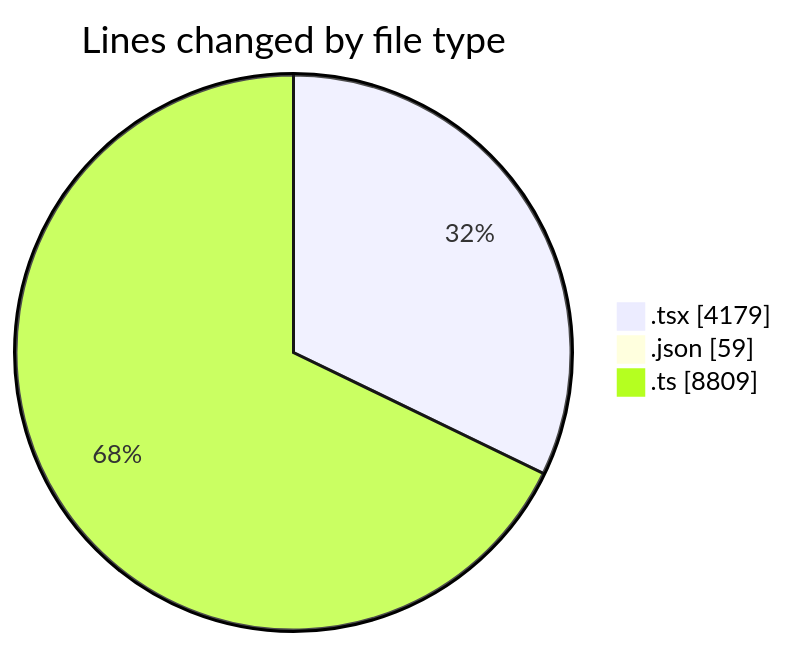
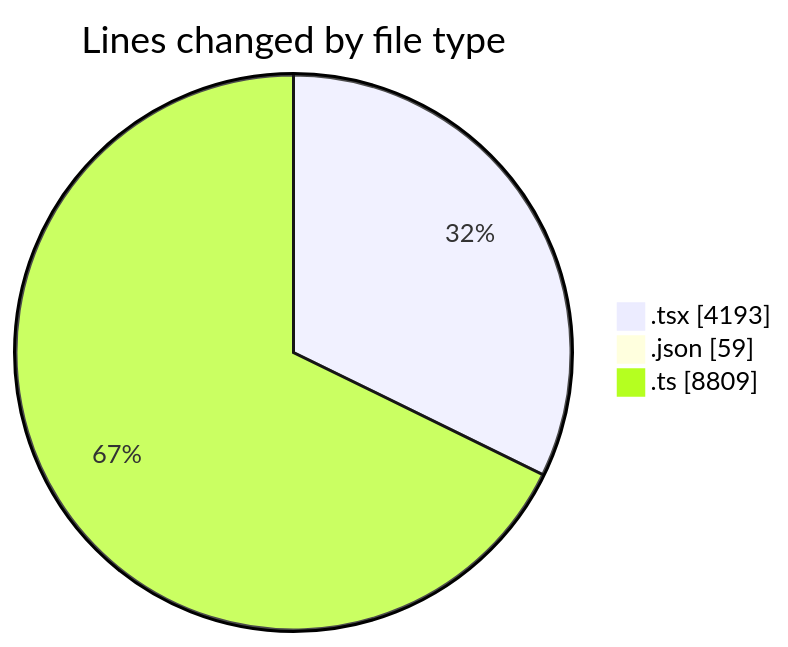
Before and after one commit to momahboobian/code-tracking: the first of 2 diagrams in 2025-11-24/cda/README.md, drawn with Mermaid. The commit also changed other lines of this file and 1 other file, not shown here.

````diff
--- a/2025-11-24/cda/README.md
+++ b/2025-11-24/cda/README.md
@@ -34,7 +34,7 @@
 ```mermaid
 pie showData
 title Lines changed by file type
-".tsx" : 4179
+".tsx" : 4193
 ".json" : 59
 ".ts" : 8809
 ```
````
